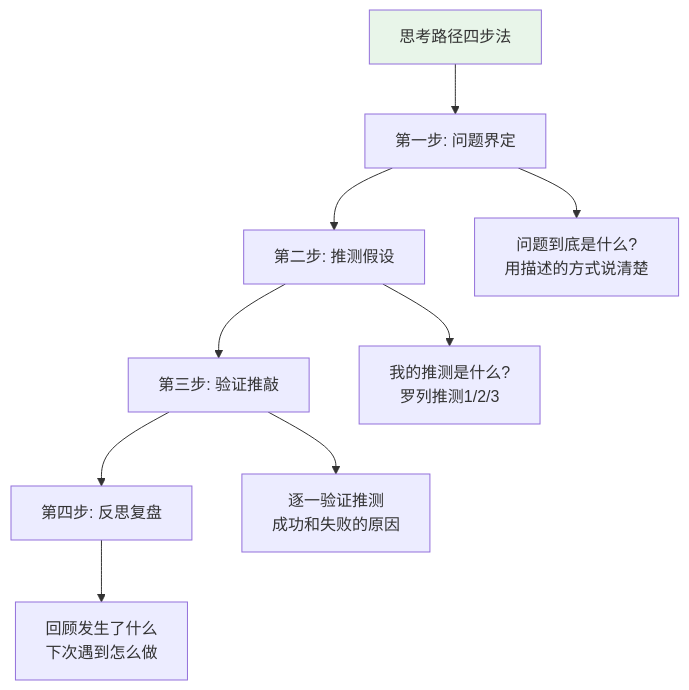
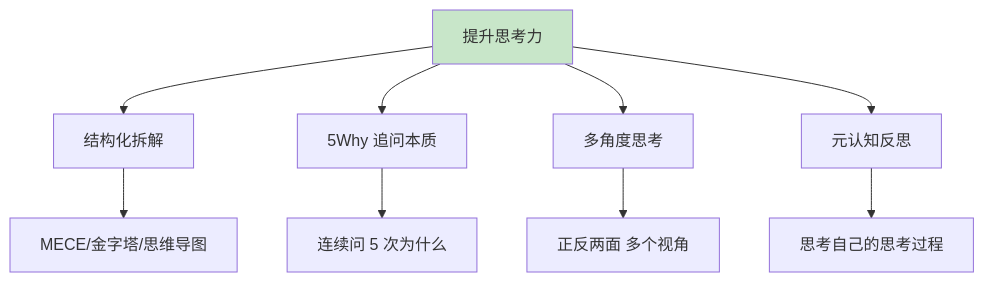
Before and after one commit to chongyang211/YCBookBlog: the third of 7 diagrams in 10.打工充平常记录/10.自我精进七课/07.底层思维的训练/7.6思考能力的提升.md, drawn with Mermaid. The commit also changed other lines of this file and 55 other files, not shown here.

````diff
--- a/10.打工充平常记录/10.自我精进七课/07.底层思维的训练/7.6思考能力的提升.md
+++ b/10.打工充平常记录/10.自我精进七课/07.底层思维的训练/7.6思考能力的提升.md
@@ -78,12 +105,12 @@
 ```mermaid
 graph TD
-    A[思考路径四步法] --> B[第一步: 问题界定]
-    B --> C[第二步: 推测假设]
-    C --> D[第三步: 验证推敲]
-    D --> E[第四步: 反思复盘]
-    B --> B1[问题到底是什么?<br>用描述的方式说清楚]
-    C --> C1[我的推测是什么?<br>罗列推测1/2/3]
-    D --> D1[逐一验证推测<br>成功和失败的原因]
-    E --> E1[回顾发生了什么<br>下次遇到怎么做]
-    style A fill:#e8f5e9
+    A[提升思考力] --> B[结构化拆解]
+    A --> C[5Why 追问本质]
+    A --> D[多角度思考]
+    A --> E[元认知反思]
+    B --> B1[MECE/金字塔/思维导图]
+    C --> C1[连续问 5 次为什么]
+    D --> D1[正反两面 多个视角]
+    E --> E1[思考自己的思考过程]
+    style A fill:#c8e6c9
 ```
````
